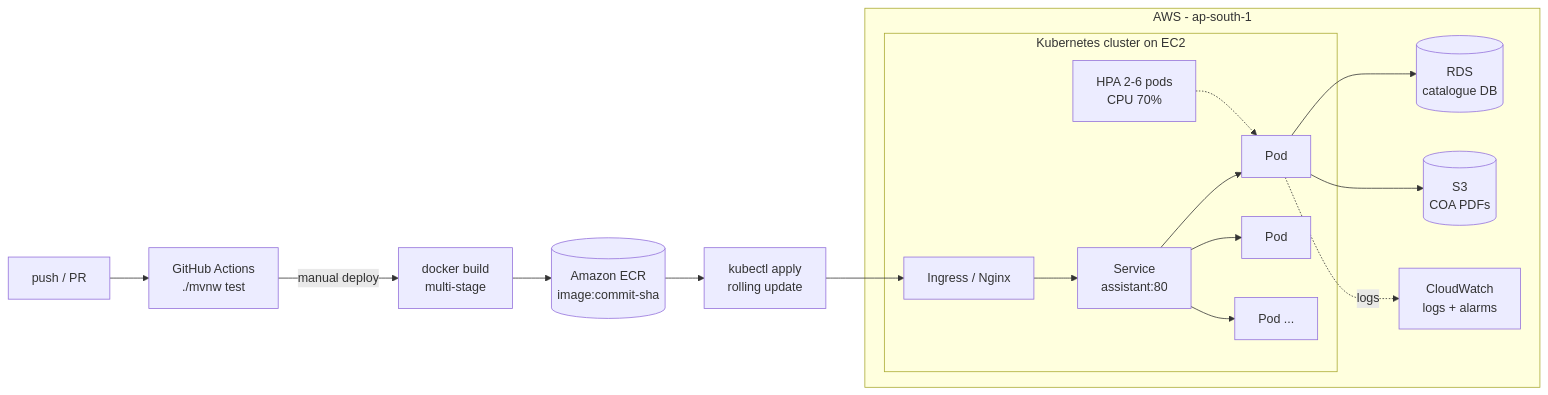
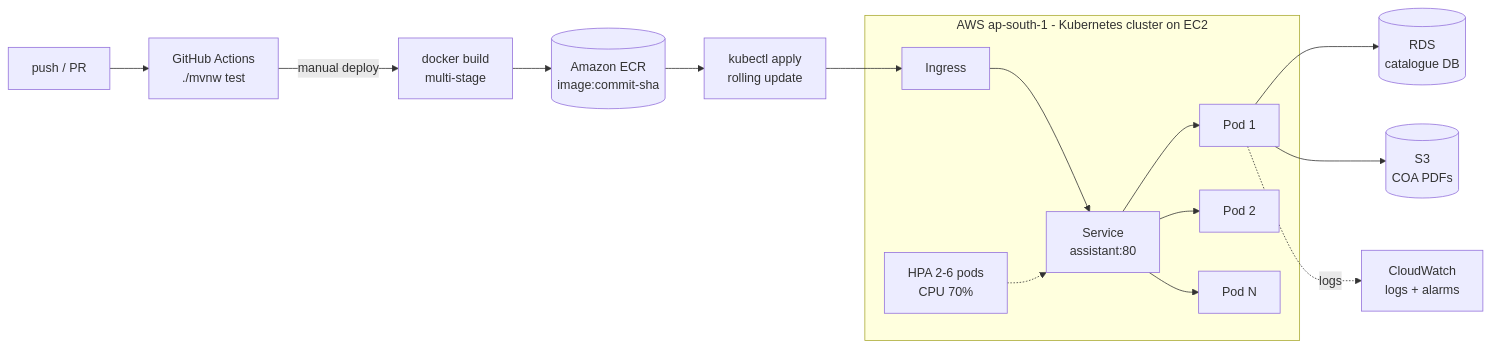
Before and after one commit to prakash-434/spring-ai-catalog-assistant: the third of 3 diagrams in README.md, drawn with Mermaid.

Commit message:
Simplify the AWS deployment diagram so GitHub renders it
Remove nested subgraphs, the & shorthand and inline dotted-edge text, and
declare the edge into the cluster after the subgraph.

````diff
--- a/README.md
+++ b/README.md
@@ -132,18 +132,18 @@
 ```mermaid
 flowchart LR
     DEV["push / PR"] --> T["GitHub Actions<br/>./mvnw test"]
     T -->|"manual deploy"| B["docker build<br/>multi-stage"]
     B --> ECR[("Amazon ECR<br/>image:commit-sha")]
     ECR --> K["kubectl apply<br/>rolling update"]
-    subgraph AWS ["AWS - ap-south-1"]
-      subgraph EC2 ["Kubernetes cluster on EC2"]
-        ING["Ingress / Nginx"] --> SVC["Service<br/>assistant:80"]
-        SVC --> P1["Pod"] & P2["Pod"] & P3["Pod ..."]
-        HPA["HPA 2-6 pods<br/>CPU 70%"] -.-> P1
-      end
-      P1 --> RDS[("RDS<br/>catalogue DB")]
-      P1 --> S3[("S3<br/>COA PDFs")]
-      P1 -.logs.-> CW["CloudWatch<br/>logs + alarms"]
+    subgraph CLUSTER ["AWS ap-south-1 - Kubernetes cluster on EC2"]
+      ING["Ingress"] --> SVC["Service<br/>assistant:80"]
+      SVC --> P1["Pod 1"]
+      SVC --> P2["Pod 2"]
+      SVC --> P3["Pod N"]
+      HPA["HPA 2-6 pods<br/>CPU 70%"] -.-> SVC
     end
+    P1 --> RDS[("RDS<br/>catalogue DB")]
+    P1 --> S3[("S3<br/>COA PDFs")]
+    P1 -.->|"logs"| CW["CloudWatch<br/>logs + alarms"]
     K --> ING
 ```
````
